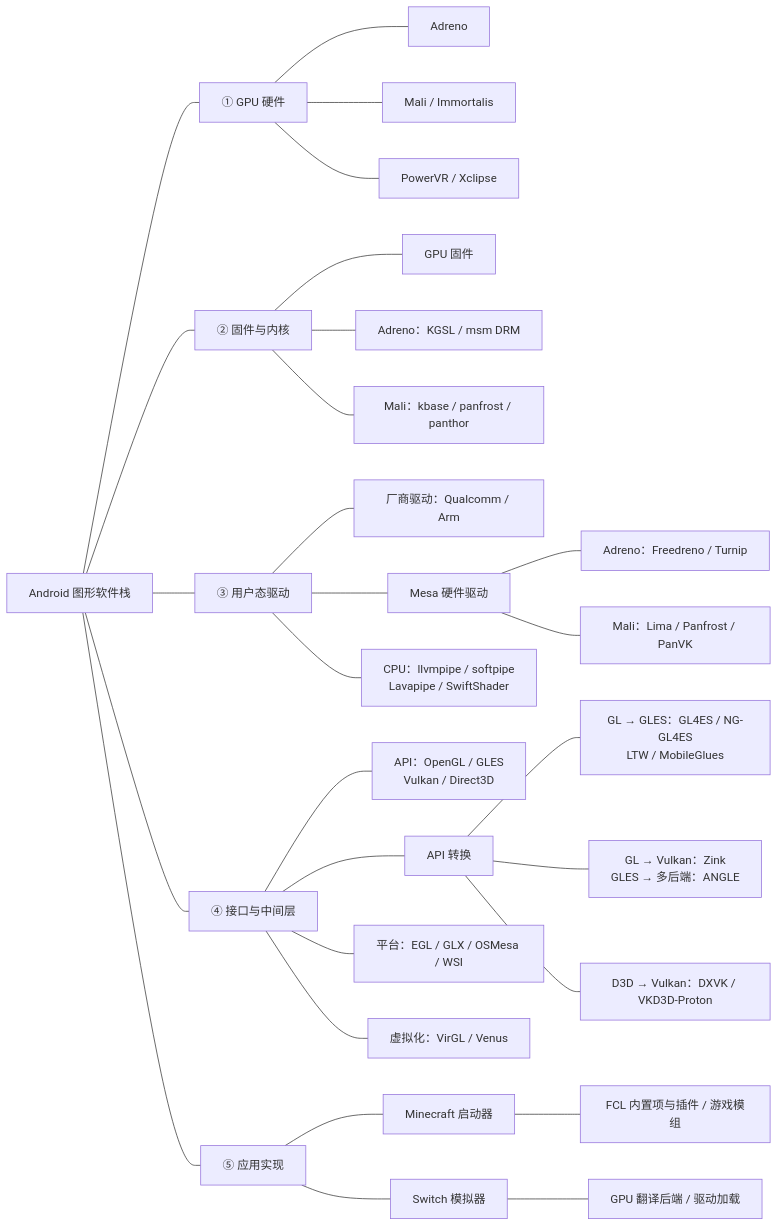
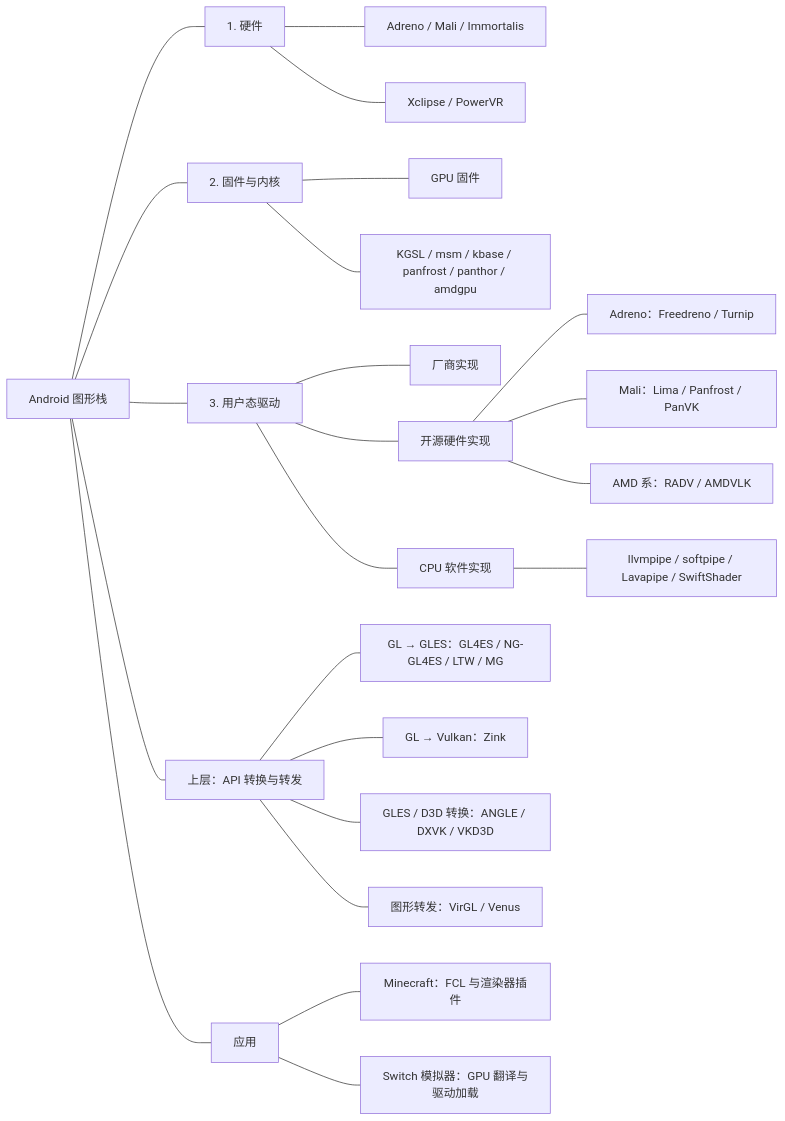
Before and after one commit to villager1314/android-graphics-stack: the diagram in README.md, drawn with Mermaid. The commit also changed other lines of this file, not shown here.

Commit message:
Restructure graphics stack by component role and document Xclipse driver paths

````diff
--- a/README.md
+++ b/README.md
@@ -11,41 +11,26 @@
 ```mermaid
 flowchart LR
-    ROOT["Android 图形软件栈"]
-
-    ROOT --- HW["① GPU 硬件"]
-    ROOT --- KERNEL["② 固件与内核"]
-    ROOT --- USER["③ 用户态驱动"]
-    ROOT --- MIDDLE["④ 接口与中间层"]
-    ROOT --- APP["⑤ 应用实现"]
-
-    HW --- ADRENO["Adreno"]
-    HW --- MALI["Mali / Immortalis"]
-    HW --- OTHER["PowerVR / Xclipse"]
-
-    KERNEL --- FW["GPU 固件"]
-    KERNEL --- AK["Adreno：KGSL / msm DRM"]
-    KERNEL --- MK["Mali：kbase / panfrost / panthor"]
-
-    USER --- VENDOR["厂商驱动：Qualcomm / Arm"]
-    USER --- MESA["Mesa 硬件驱动"]
-    USER --- CPU["CPU：llvmpipe / softpipe
-Lavapipe / SwiftShader"]
-    MESA --- FD["Adreno：Freedreno / Turnip"]
-    MESA --- PAN["Mali：Lima / Panfrost / PanVK"]
-
-    MIDDLE --- API["API：OpenGL / GLES
-Vulkan / Direct3D"]
-    MIDDLE --- TRANS["API 转换"]
-    MIDDLE --- PLATFORM["平台：EGL / GLX / OSMesa / WSI"]
-    MIDDLE --- VIRTUAL["虚拟化：VirGL / Venus"]
-    TRANS --- GLES["GL → GLES：GL4ES / NG-GL4ES
-LTW / MobileGlues"]
-    TRANS --- VK["GL → Vulkan：Zink
-GLES → 多后端：ANGLE"]
-    TRANS --- D3D["D3D → Vulkan：DXVK / VKD3D-Proton"]
-
-    APP --- MC["Minecraft 启动器"]
-    APP --- NS["Switch 模拟器"]
-    MC --- FCL["FCL 内置项与插件 / 游戏模组"]
-    NS --- EMU["GPU 翻译后端 / 驱动加载"]
+    R["Android 图形栈"]
+    R --- H["1. 硬件"]
+    R --- K["2. 固件与内核"]
+    R --- D["3. 用户态驱动"]
+    R --- C["上层：API 转换与转发"]
+    R --- A["应用"]
+    H --- H1["Adreno / Mali / Immortalis"]
+    H --- H2["Xclipse / PowerVR"]
+    K --- K1["GPU 固件"]
+    K --- K2["KGSL / msm / kbase / panfrost / panthor / amdgpu"]
+    D --- D1["厂商实现"]
+    D --- D2["开源硬件实现"]
+    D --- D3["CPU 软件实现"]
+    D2 --- D21["Adreno：Freedreno / Turnip"]
+    D2 --- D22["Mali：Lima / Panfrost / PanVK"]
+    D2 --- D23["AMD 系：RADV / AMDVLK"]
+    D3 --- D31["llvmpipe / softpipe / Lavapipe / SwiftShader"]
+    C --- C1["GL → GLES：GL4ES / NG-GL4ES / LTW / MG"]
+    C --- C2["GL → Vulkan：Zink"]
+    C --- C3["GLES / D3D 转换：ANGLE / DXVK / VKD3D"]
+    C --- C4["图形转发：VirGL / Venus"]
+    A --- A1["Minecraft：FCL 与渲染器插件"]
+    A --- A2["Switch 模拟器：GPU 翻译与驱动加载"]
 ```
````
